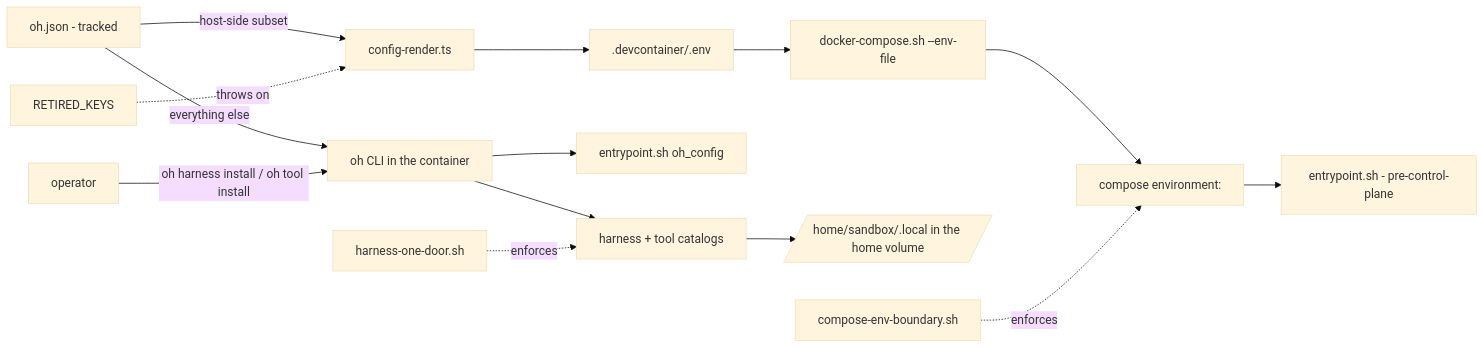
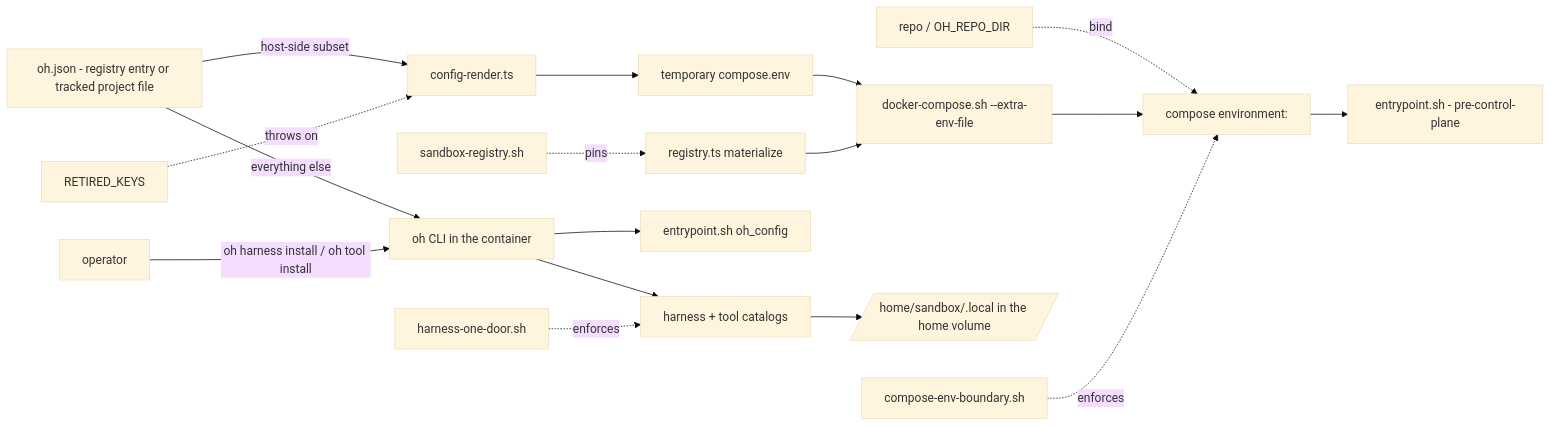
The diagram in .oh/knowledge/source/compose-env-boundary.md (mifunedev/openharness), drawn with Mermaid (base theme) before and after one commit. The commit also changed other lines of this file and 4 other files, not shown here.

First line of the commit message:
docs(knowledge): describe the sandbox registry and the oh update bootstrap

````diff
--- a/.oh/knowledge/source/compose-env-boundary.md
+++ b/.oh/knowledge/source/compose-env-boundary.md
@@ -47,17 +50,20 @@
 ```mermaid
 flowchart LR
-  OH[oh.json - tracked]
+  OH[oh.json - registry entry or tracked project file]
   OH -->|host-side subset| CR[config-render.ts]
-  CR --> ENV[.devcontainer/.env]
-  ENV --> DC[docker-compose.sh --env-file]
+  CR --> ENV[temporary compose.env]
+  ENV --> DC[docker-compose.sh --extra-env-file]
+  REG[registry.ts materialize] --> DC
+  REPO[repo / OH_REPO_DIR] -. bind .-> COMPOSE
   DC --> COMPOSE[compose environment:]
   COMPOSE --> EP1[entrypoint.sh - pre-control-plane]
   OH -->|everything else| CLI[oh CLI in the container]
   CLI --> EP2[entrypoint.sh oh_config]
   OP[operator] -->|oh harness install / oh tool install| CLI
   CLI --> CAT[harness + tool catalogs]
   CAT --> HOME[/home/sandbox/.local in the home volume/]
   PROBE[compose-env-boundary.sh] -.enforces.-> COMPOSE
   DOOR[harness-one-door.sh] -.enforces.-> CAT
+  SR[sandbox-registry.sh] -.pins.-> REG
   RK[RETIRED_KEYS] -.throws on.-> CR
 ```
````
